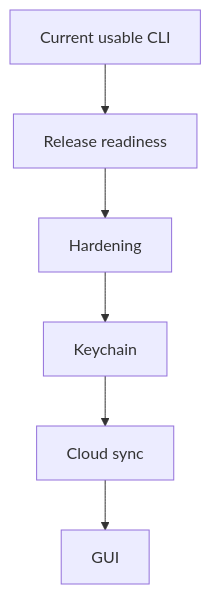
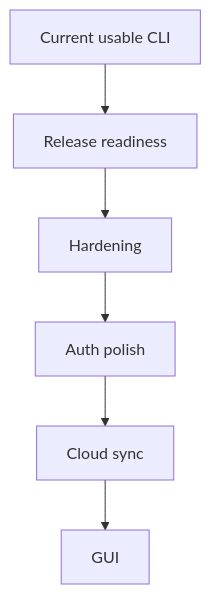
The diagram in docs/roadmap.md (obsidia-systems/envlt), drawn with Mermaid before and after one commit. The commit also changed other lines of this file and 29 other files, not shown here.

````diff
--- a/docs/roadmap.md
+++ b/docs/roadmap.md
@@ -79,8 +79,8 @@
 ```mermaid
 flowchart TD
     A[Current usable CLI] --> B[Release readiness]
     B --> C[Hardening]
-    C --> D[Keychain]
+    C --> D[Auth polish]
     D --> E[Cloud sync]
     E --> F[GUI]
 ```
````
